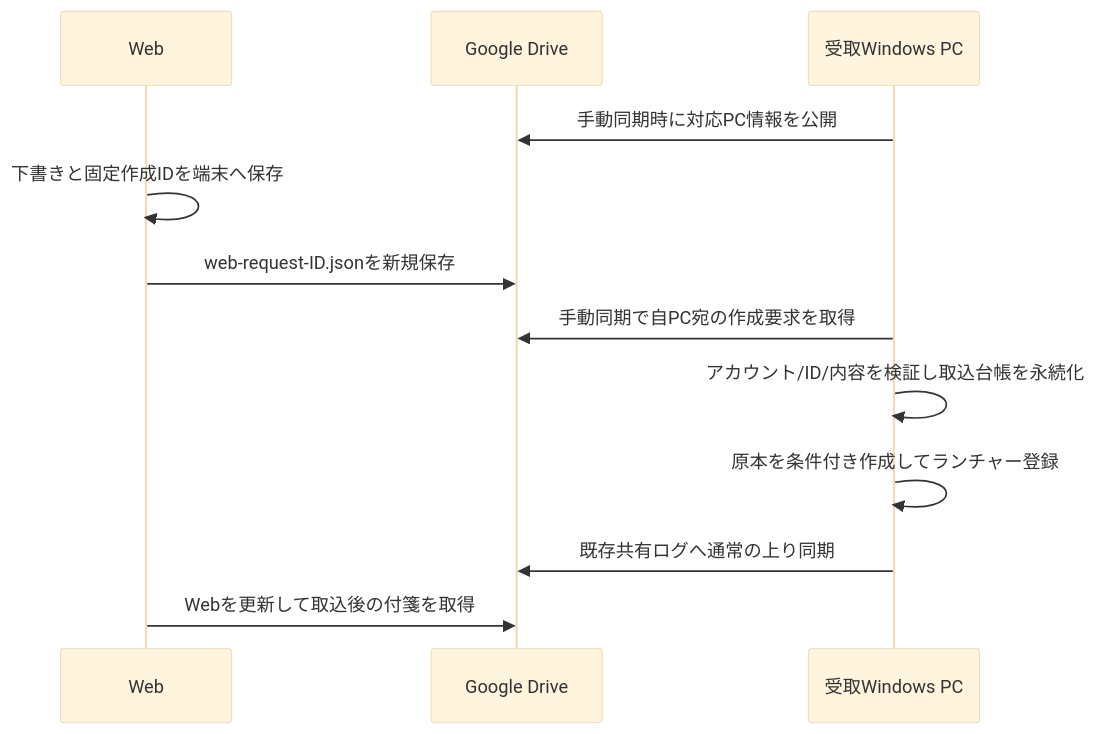
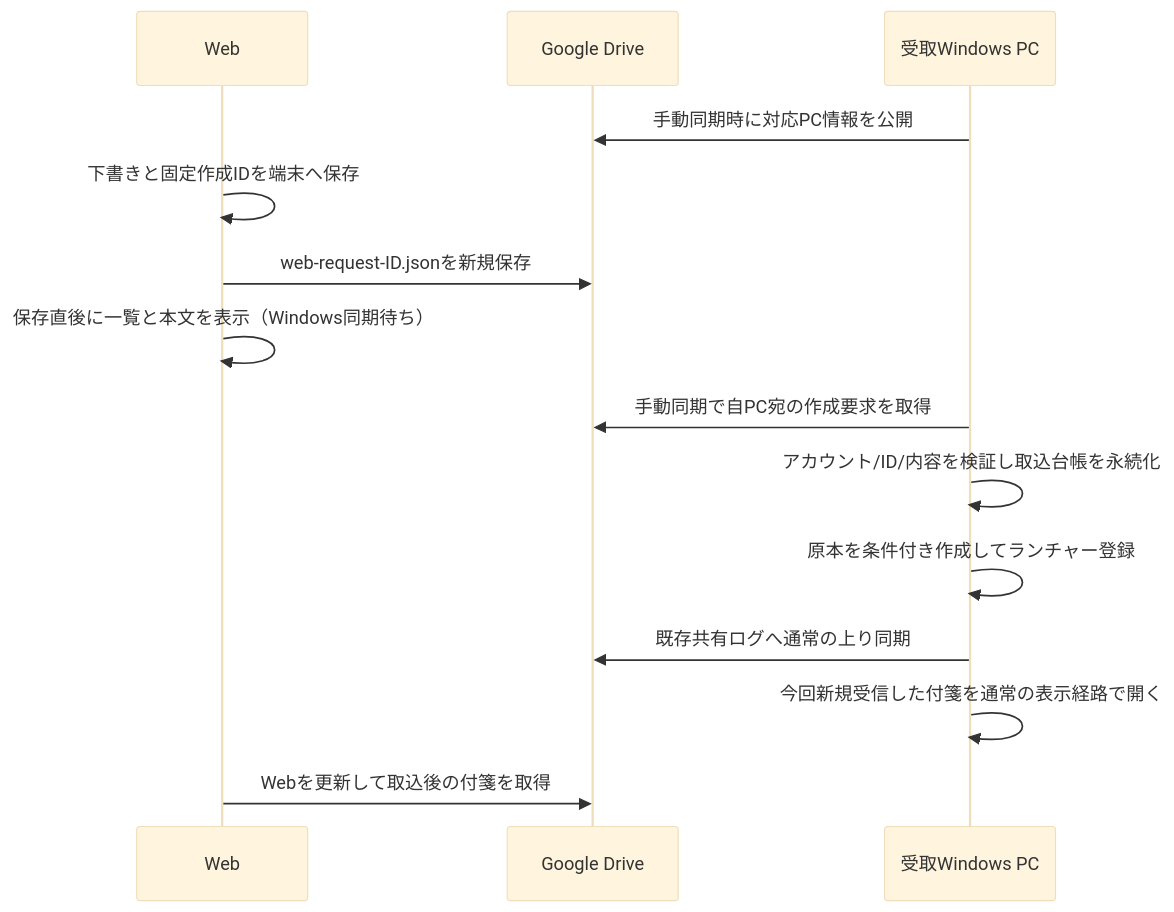
Before and after one commit to ore-no-fusen/ore-no-fusen: the sixth of 7 diagrams in docs-v2/018_WEB_SHARE.md, drawn with Mermaid (base theme). The commit also changed other lines of this file and 12 other files, not shown here.

````diff
--- a/docs-v2/018_WEB_SHARE.md
+++ b/docs-v2/018_WEB_SHARE.md
@@ -135,14 +135,16 @@
 ```mermaid
 sequenceDiagram
   participant W as Web
   participant D as Google Drive
   participant P as 受取Windows PC
   P->>D: 手動同期時に対応PC情報を公開
   W->>W: 下書きと固定作成IDを端末へ保存
   W->>D: web-request-ID.jsonを新規保存
+  W->>W: 保存直後に一覧と本文を表示（Windows同期待ち）
   P->>D: 手動同期で自PC宛の作成要求を取得
   P->>P: アカウント/ID/内容を検証し取込台帳を永続化
   P->>P: 原本を条件付き作成してランチャー登録
   P->>D: 既存共有ログへ通常の上り同期
+  P->>P: 今回新規受信した付箋を通常の表示経路で開く
   W->>D: Webを更新して取込後の付箋を取得
 ```
````
